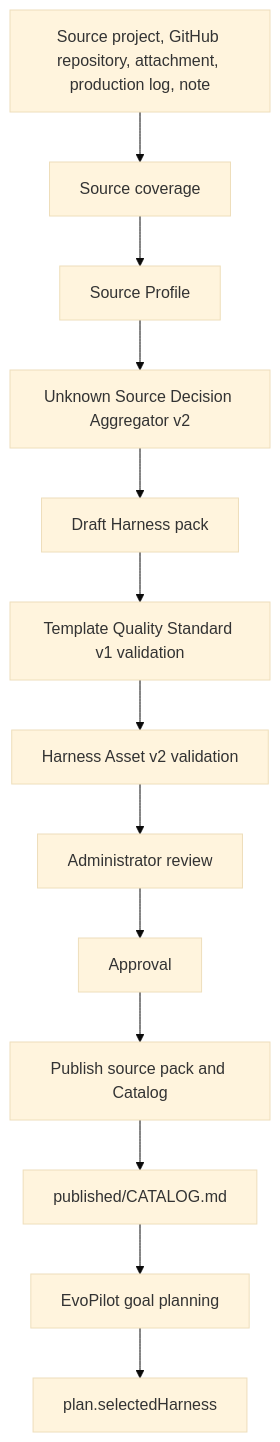
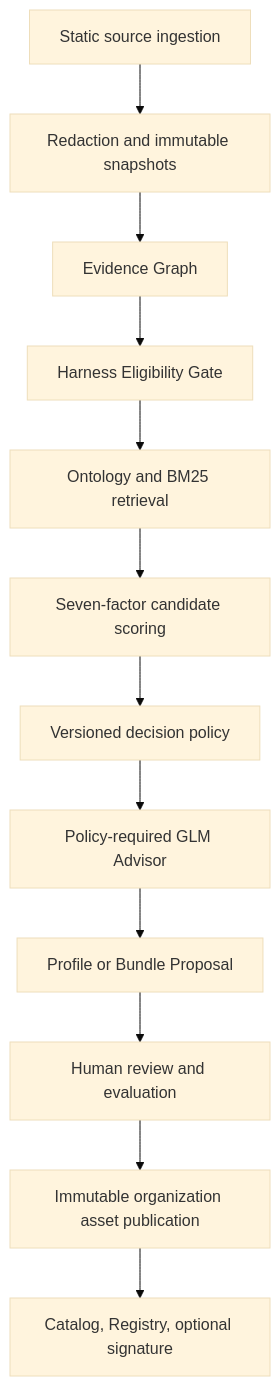
Before and after one commit to yeliang-wang/evopilot-harness: the second of 2 diagrams in docs/architecture/overview.md, drawn with Mermaid (base theme). The commit also changed other lines of this file and 30 other files, not shown here.

````diff
--- a/docs/architecture/overview.md
+++ b/docs/architecture/overview.md
@@ -21,15 +20,14 @@
 ```mermaid
 flowchart TD
-  A["Source project, GitHub repository, attachment, production log, note"] --> B["Source coverage"]
-  B --> P["Source Profile"]
-  P --> C["Unknown Source Decision Aggregator v2"]
-  C --> D["Draft Harness pack"]
-  D --> E["Template Quality Standard v1 validation"]
-  E --> A2["Harness Asset v2 validation"]
-  A2 --> F["Administrator review"]
-  F --> G["Approval"]
-  G --> H["Publish source pack and Catalog"]
-  H --> I["published/CATALOG.md"]
-  I --> J["EvoPilot goal planning"]
-  J --> K["plan.selectedHarness"]
+  Ingest["Static source ingestion"] --> Snapshot["Redaction and immutable snapshots"]
+  Snapshot --> Graph["Evidence Graph"]
+  Graph --> Eligibility["Harness Eligibility Gate"]
+  Eligibility --> Retrieval["Ontology and BM25 retrieval"]
+  Retrieval --> Scoring["Seven-factor candidate scoring"]
+  Scoring --> Decision["Versioned decision policy"]
+  Decision --> Advisor["Policy-required GLM Advisor"]
+  Advisor --> Proposal["Profile or Bundle Proposal"]
+  Proposal --> Review["Human review and evaluation"]
+  Review --> Publish["Immutable organization asset publication"]
+  Publish --> Catalog["Catalog, Registry, optional signature"]
 ```
````
